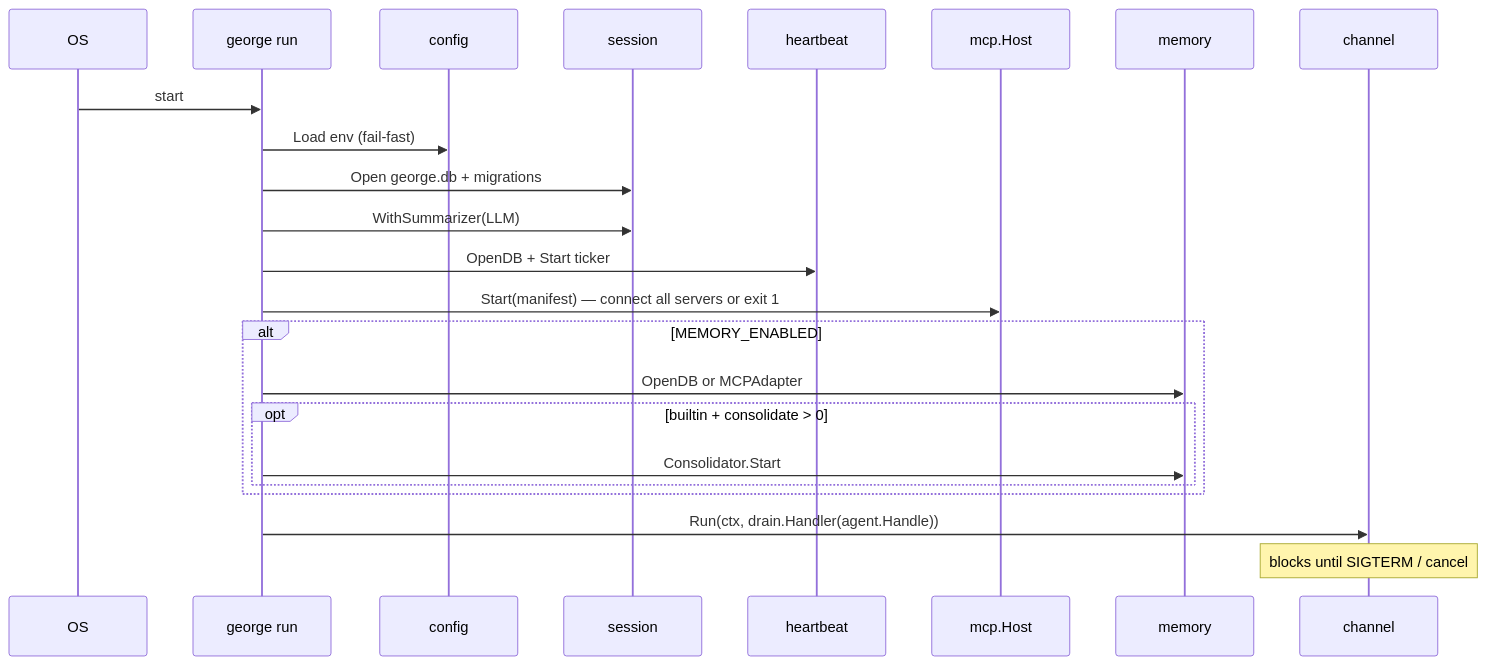
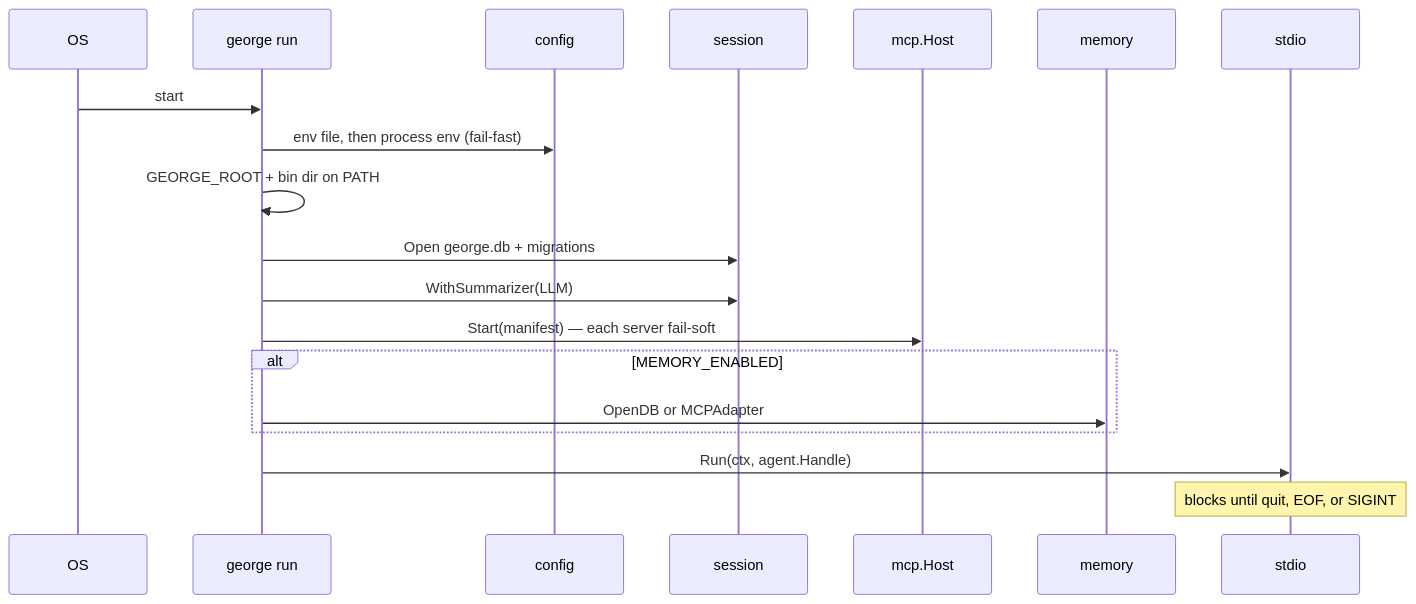
Before and after one commit to shotah/ai-george: the third of 5 diagrams in docs/architecture.md, drawn with Mermaid. The commit also changed other lines of this file and 54 other files, not shown here.

````diff
--- a/docs/architecture.md
+++ b/docs/architecture.md
@@ -104,26 +132,22 @@
 ```mermaid
 sequenceDiagram
   participant OS
   participant Run as george run
   participant Cfg as config
   participant Ses as session
-  participant HB as heartbeat
   participant MCP as mcp.Host
   participant Mem as memory
-  participant Ch as channel
+  participant Ch as stdio
 
   OS->>Run: start
-  Run->>Cfg: Load env (fail-fast)
+  Run->>Cfg: env file, then process env (fail-fast)
+  Run->>Run: GEORGE_ROOT + bin dir on PATH
   Run->>Ses: Open george.db + migrations
   Run->>Ses: WithSummarizer(LLM)
-  Run->>HB: OpenDB + Start ticker
-  Run->>MCP: Start(manifest) — connect all servers or exit 1
+  Run->>MCP: Start(manifest) — each server fail-soft
   alt MEMORY_ENABLED
     Run->>Mem: OpenDB or MCPAdapter
-    opt builtin + consolidate > 0
-      Run->>Mem: Consolidator.Start
-    end
   end
-  Run->>Ch: Run(ctx, drain.Handler(agent.Handle))
-  Note over Ch: blocks until SIGTERM / cancel
+  Run->>Ch: Run(ctx, agent.Handle)
+  Note over Ch: blocks until quit, EOF, or SIGINT
 ```
````
